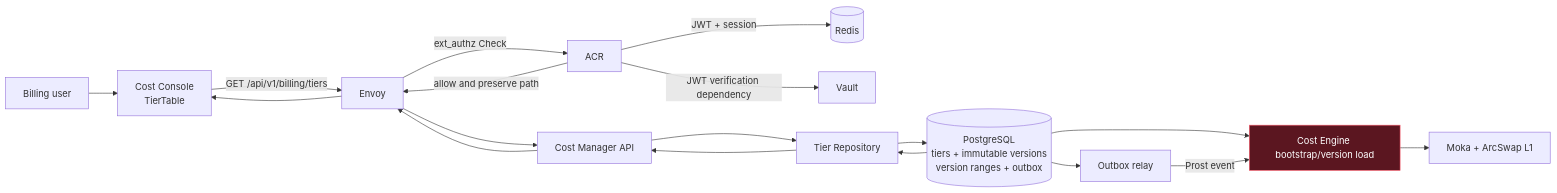
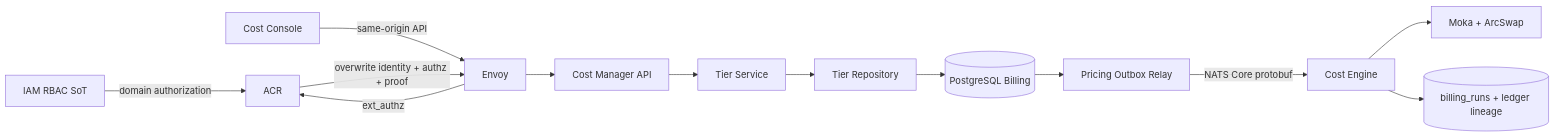
One commit to phucle996/aurora changed the first of 4 diagrams in god_view/billing/tier_catalog_god_view.md. Above: the diagram before and after it, drawn with Mermaid. The commit also changed other lines of this file and 84 other files, not shown here.

Commit message:
refactor: decouple billing auth by removing legacy NATS handlers, repo layers, and database tables in favor of centralized authorization resolution

````diff
--- a/god_view/billing/tier_catalog_god_view.md
+++ b/god_view/billing/tier_catalog_god_view.md
@@ -61,21 +37,15 @@
 ```mermaid
 flowchart LR
-    U[Billing user] --> UI[Cost Console<br/>TierTable]
-    UI -->|GET /api/v1/billing/tiers| E[Envoy]
-    E -->|ext_authz Check| A[ACR]
-    A -->|JWT + session| R[(Redis)]
-    A -->|JWT verification dependency| V[Vault]
-    A -->|allow and preserve path| E
-    E --> API[Cost Manager API]
-    API --> REPO[Tier Repository]
-    REPO --> DB[(PostgreSQL<br/>tiers + immutable versions<br/>version ranges + outbox)]
-    DB --> REPO --> API --> E --> UI
-
-    DB --> ENG[Cost Engine bootstrap/version load]
-    DB --> RELAY[Outbox relay]
-    RELAY -->|Prost event| ENG
-    ENG --> L1[Moka + ArcSwap L1]
-
-    classDef critical fill:#5b1620,stroke:#ff5c6c,color:#fff;
-    class ENG critical;
+    IAM[IAM RBAC SoT] -->|domain authorization| ACR[ACR]
+    UI[Cost Console] -->|same-origin API| ENV[Envoy]
+    ENV -->|ext_authz| ACR
+    ACR -->|overwrite identity + authz + proof| ENV
+    ENV --> API[Cost Manager API]
+    API --> SVC[Tier Service]
+    SVC --> REPO[Tier Repository]
+    REPO --> DB[(PostgreSQL Billing)]
+    DB --> OUTBOX[Pricing Outbox Relay]
+    OUTBOX -->|NATS Core protobuf| ENGINE[Cost Engine]
+    ENGINE --> CACHE[Moka + ArcSwap]
+    ENGINE --> RUN[(billing_runs + ledger lineage)]
 ```
````
